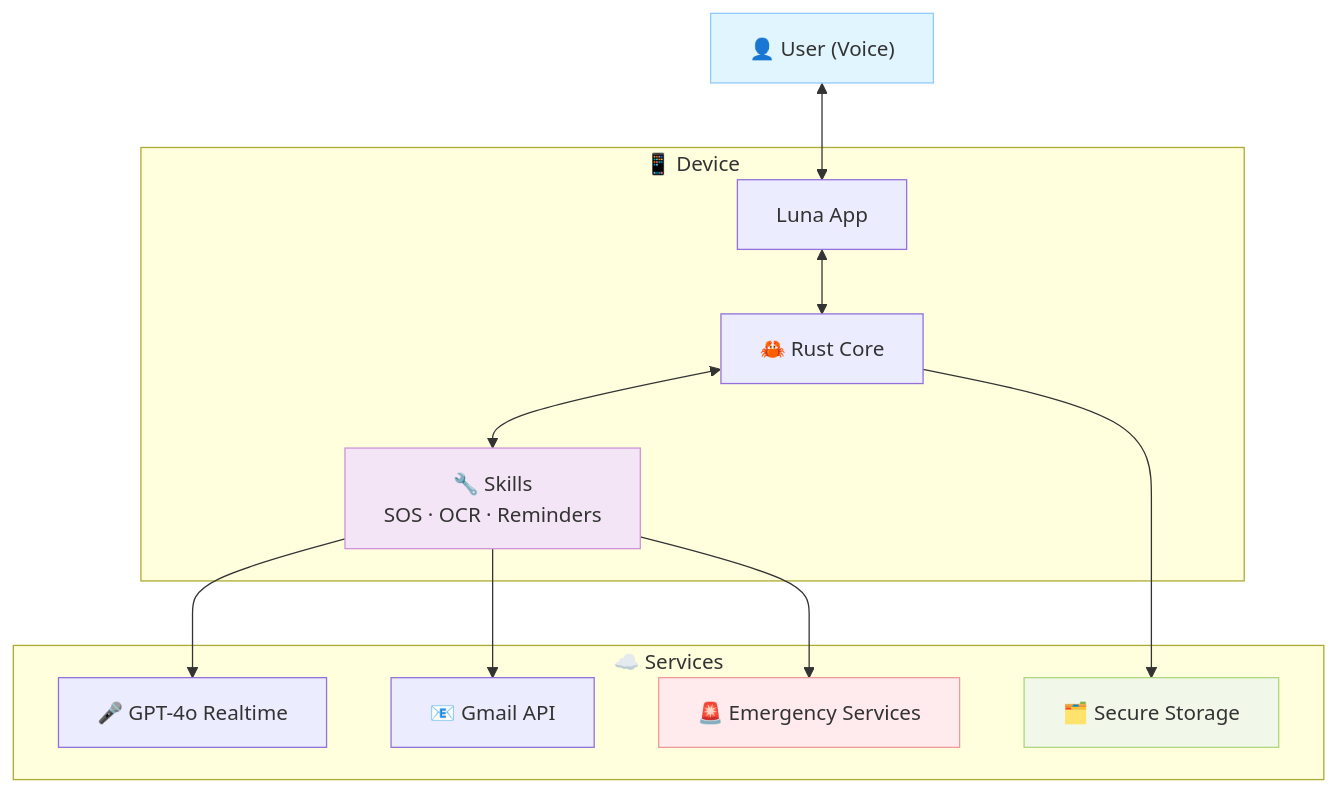
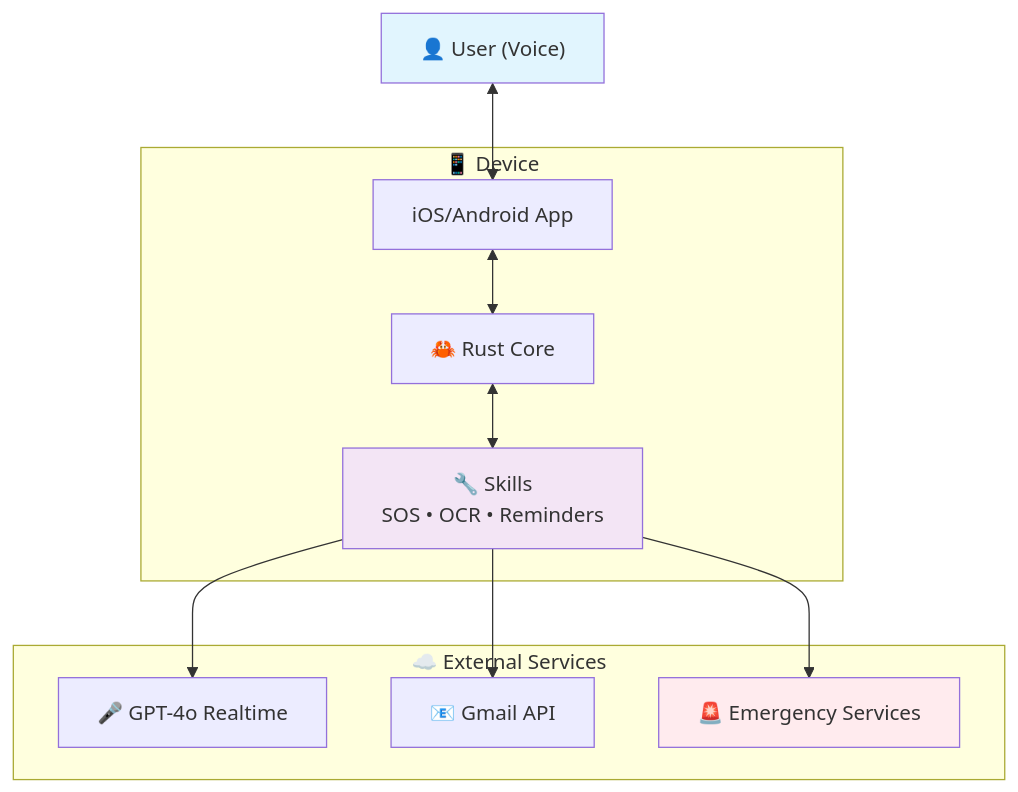
One commit to luna-assistant-ai/luna-assistant-ai-core changed the diagram in README.md. Above: the diagram before and after it, drawn with Mermaid. The commit also changed other lines of this file, not shown here.

Commit message:
docs: switch roadmap tooling to GitHub Projects

````diff
--- a/README.md
+++ b/README.md
@@ -107,30 +107,27 @@
 ```mermaid
 flowchart TD
     User["👤 User (Voice)"]
 
     subgraph Device["📱 Device"]
-        App["Luna App"]
+        App["iOS/Android App"]
         Core["🦀 Rust Core"]
-        Skills["🔧 Skills\nSOS · OCR · Reminders"]
+        Skills["🔧 Skills\nSOS • OCR • Reminders"]
     end
 
-    subgraph Cloud["☁️ Services"]
+    subgraph Services["☁️ External Services"]
         GPT["🎤 GPT-4o Realtime"]
         Gmail["📧 Gmail API"]
         Emergency["🚨 Emergency Services"]
-        Storage["🗂️ Secure Storage"]
     end
 
     User <--> App
     App <--> Core
     Core <--> Skills
     Skills --> GPT
     Skills --> Gmail
     Skills --> Emergency
-    Core --> Storage
 
-    style User fill:#e1f5fe,stroke:#90caf9
-    style Skills fill:#f3e5f5,stroke:#ce93d8
-    style Emergency fill:#ffebee,stroke:#ef9a9a
-    style Storage fill:#f1f8e9,stroke:#aed581
+    style User fill:#e1f5fe
+    style Skills fill:#f3e5f5
+    style Emergency fill:#ffebee
 ```
````
